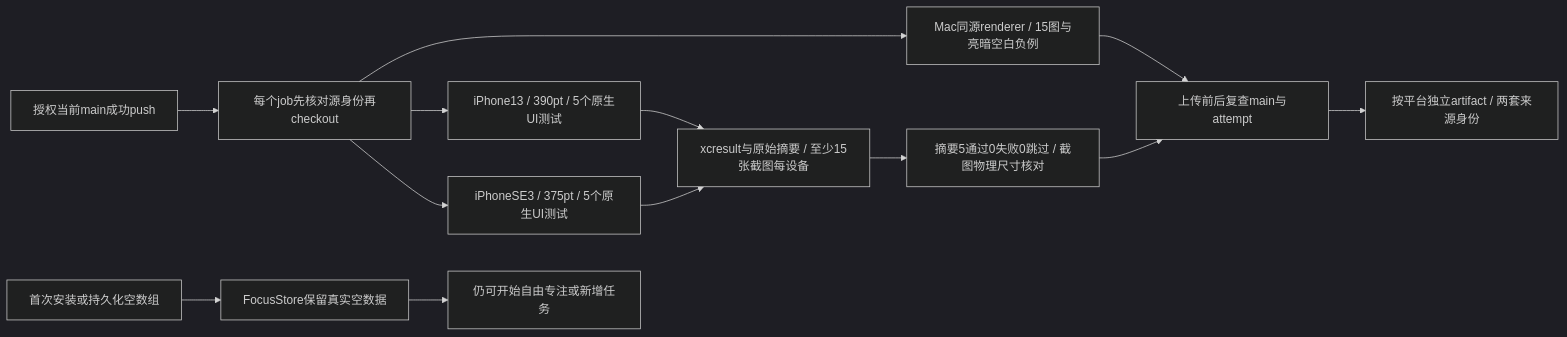
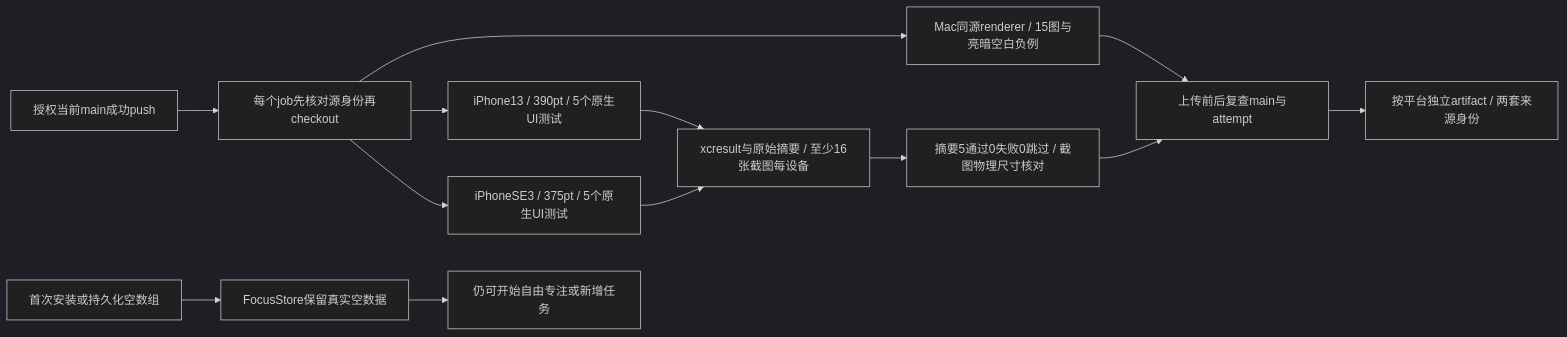
Before and after one commit to Altman-sam114/114: the fourth of 11 diagrams in md/flow/flowchart.md, drawn with Mermaid (dark theme). The commit also changed other lines of this file and 33 other files, not shown here.

````diff
--- a/md/flow/flowchart.md
+++ b/md/flow/flowchart.md
@@ -39,15 +60,15 @@
 ```mermaid
 flowchart LR
   SOURCE[授权当前main成功push] --> GATE[每个job先核对源身份再checkout]
   GATE --> MAC[Mac同源renderer / 15图与亮暗空白负例]
   GATE --> PHONE1[iPhone13 / 390pt / 5个原生UI测试]
   GATE --> PHONE2[iPhoneSE3 / 375pt / 5个原生UI测试]
-  PHONE1 --> XC[xcresult与原始摘要 / 至少15张截图每设备]
+  PHONE1 --> XC[xcresult与原始摘要 / 至少16张截图每设备]
   PHONE2 --> XC
   XC --> VERIFY[摘要5通过0失败0跳过 / 截图物理尺寸核对]
   MAC --> FRESH[上传前后复查main与attempt]
   VERIFY --> FRESH
   FRESH --> PACK[按平台独立artifact / 两套来源身份]
   EMPTY[首次安装或持久化空数组] --> STORE[FocusStore保留真实空数据]
   STORE --> FREE[仍可开始自由专注或新增任务]
 ```
````
